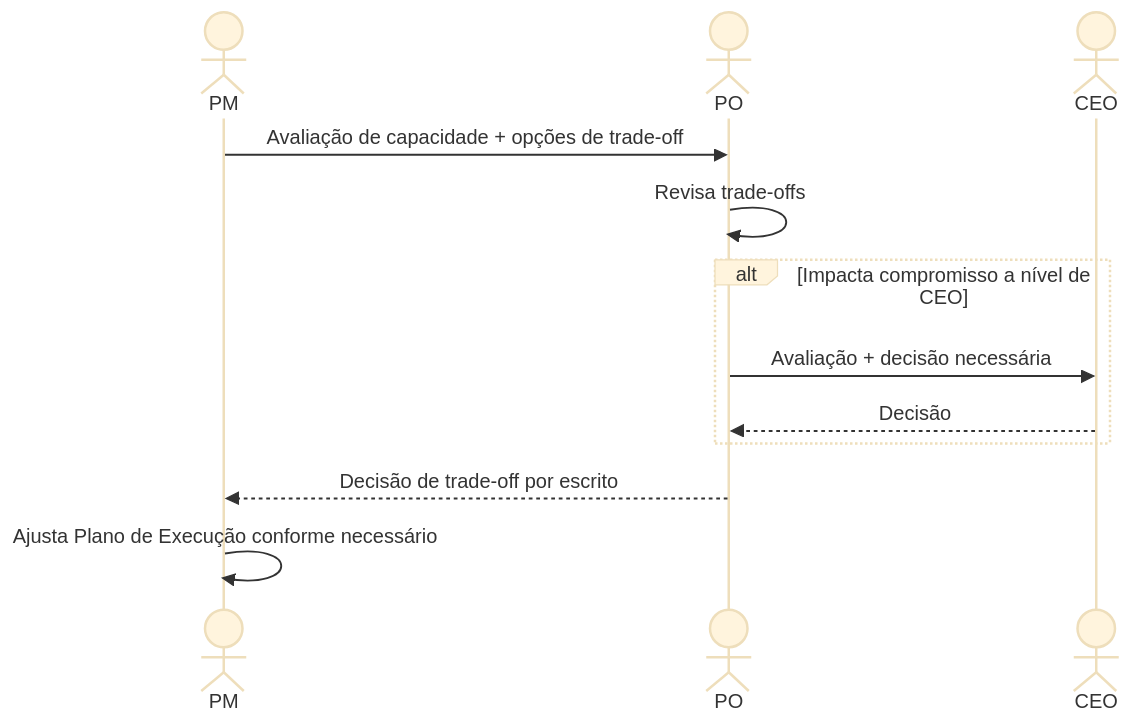
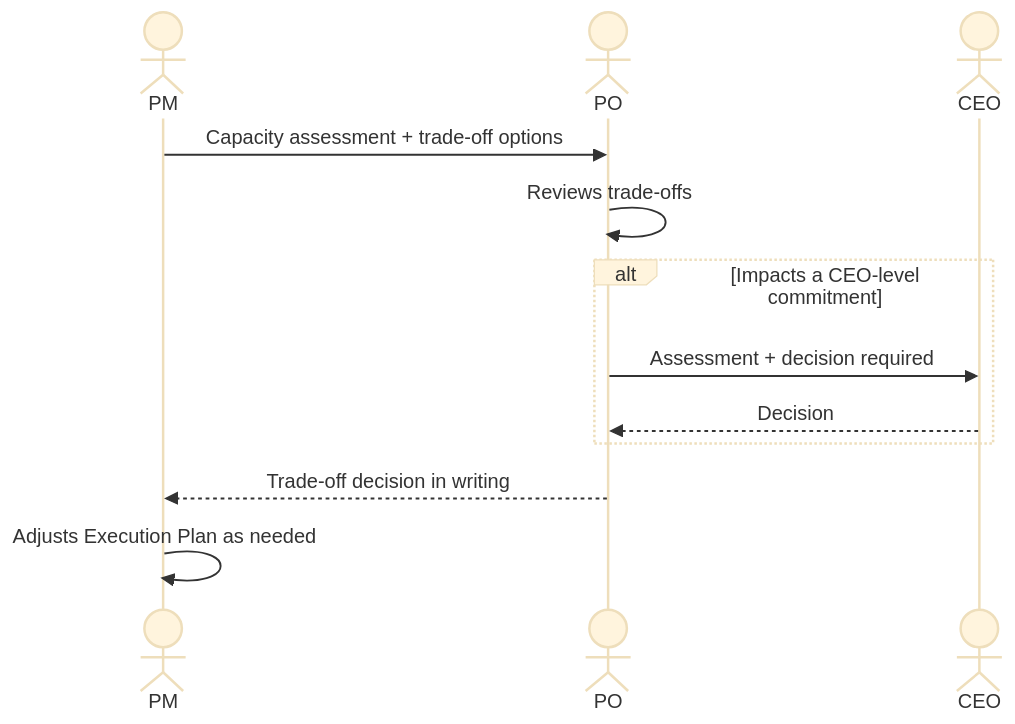
One commit to hugo-hsbtech/teamwork-process changed the diagram in interactions/08-pm-to-po-capacity.md. Above: the diagram before and after it, drawn with Mermaid (base theme). The commit also changed other lines of this file and 63 other files, not shown here.

````diff
--- a/interactions/08-pm-to-po-capacity.md
+++ b/interactions/08-pm-to-po-capacity.md
@@ -60,17 +60,17 @@
 ```mermaid
 sequenceDiagram
     actor PM as PM
     actor PO as PO
     actor CEO as CEO
 
-    PM->>PO: Avaliação de capacidade + opções de trade-off
-    PO->>PO: Revisa trade-offs
+    PM->>PO: Capacity assessment + trade-off options
+    PO->>PO: Reviews trade-offs
 
-    alt Impacta compromisso a nível de CEO
-        PO->>CEO: Avaliação + decisão necessária
-        CEO-->>PO: Decisão
+    alt Impacts a CEO-level commitment
+        PO->>CEO: Assessment + decision required
+        CEO-->>PO: Decision
     end
 
-    PO-->>PM: Decisão de trade-off por escrito
-    PM->>PM: Ajusta Plano de Execução conforme necessário
+    PO-->>PM: Trade-off decision in writing
+    PM->>PM: Adjusts Execution Plan as needed
 ```
````
